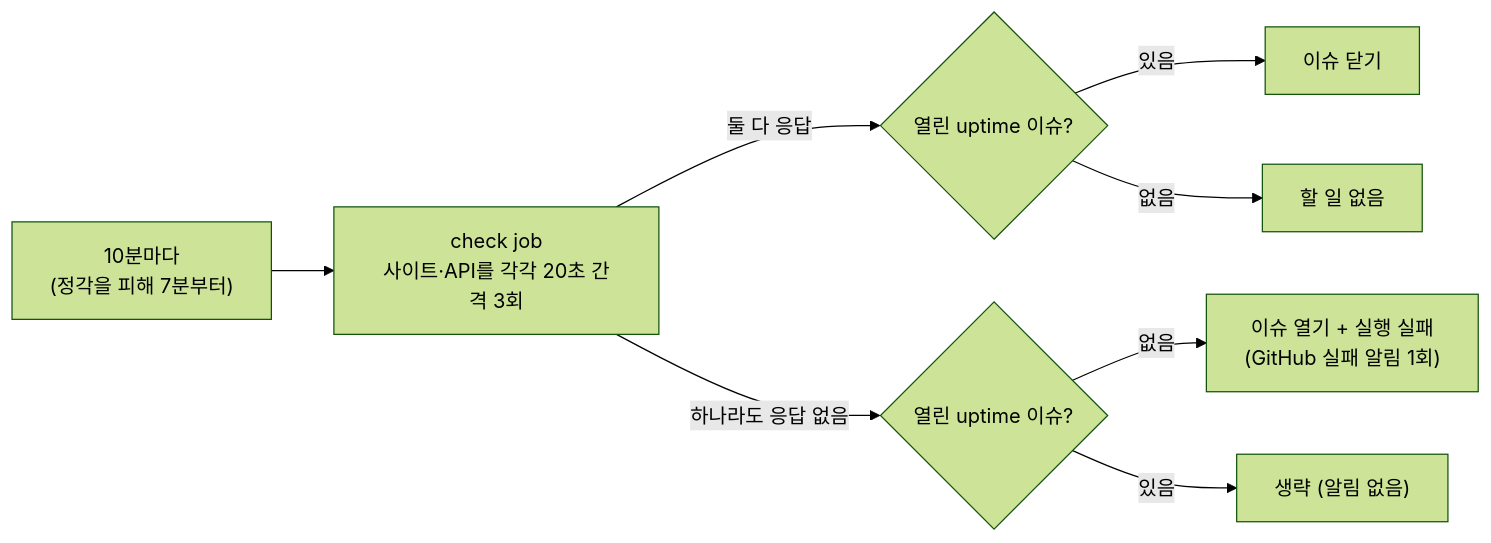
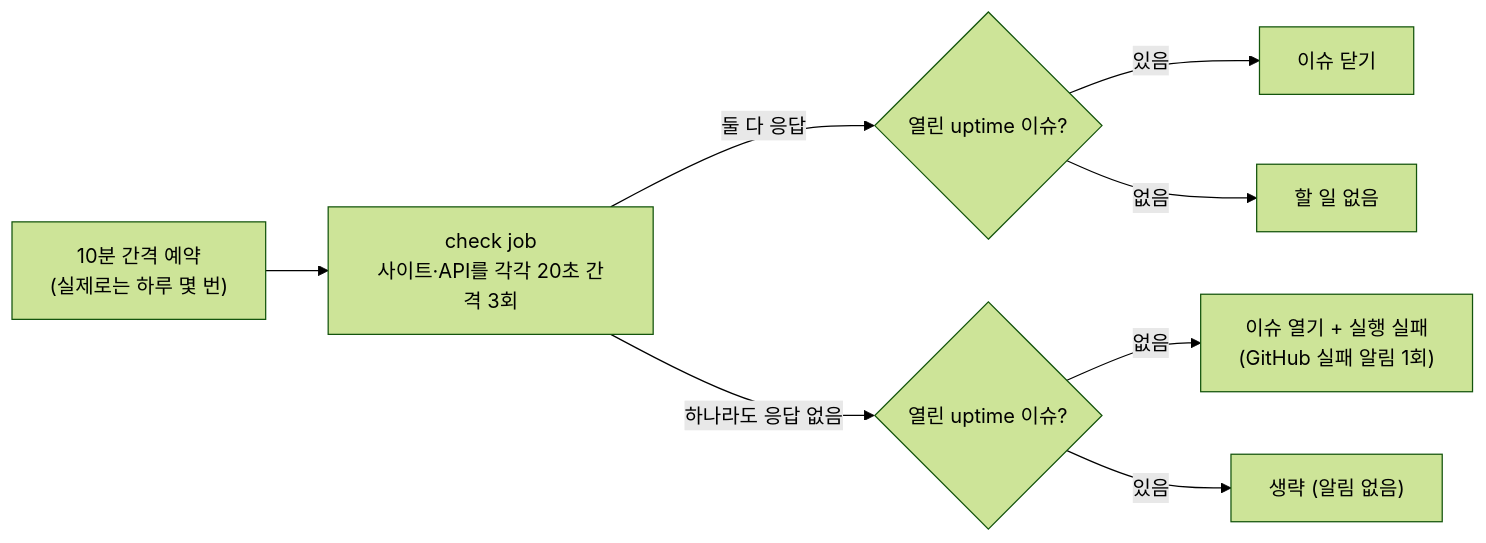
One commit to BAECHAN/link-sphere_FE_NEW changed the second of 2 diagrams in docs/DEPLOY.md. Above: the diagram before and after it, drawn with Mermaid (forest theme). The commit also changed other lines of this file and 2 other files, not shown here.

````diff
--- a/docs/DEPLOY.md
+++ b/docs/DEPLOY.md
@@ -812,10 +814,10 @@
 ```mermaid
 flowchart LR
-  T["10분마다<br/>(정각을 피해 7분부터)"] --> C["check job<br/>사이트·API를 각각 20초 간격 3회"]
+  T["10분 간격 예약<br/>(실제로는 하루 몇 번)"] --> C["check job<br/>사이트·API를 각각 20초 간격 3회"]
   C -->|둘 다 응답| U{"열린 uptime 이슈?"}
   U -->|있음| CL["이슈 닫기"]
   U -->|없음| N["할 일 없음"]
   C -->|하나라도 응답 없음| D{"열린 uptime 이슈?"}
   D -->|없음| OP["이슈 열기 + 실행 실패<br/>(GitHub 실패 알림 1회)"]
   D -->|있음| SK["생략 (알림 없음)"]
 ```
````
